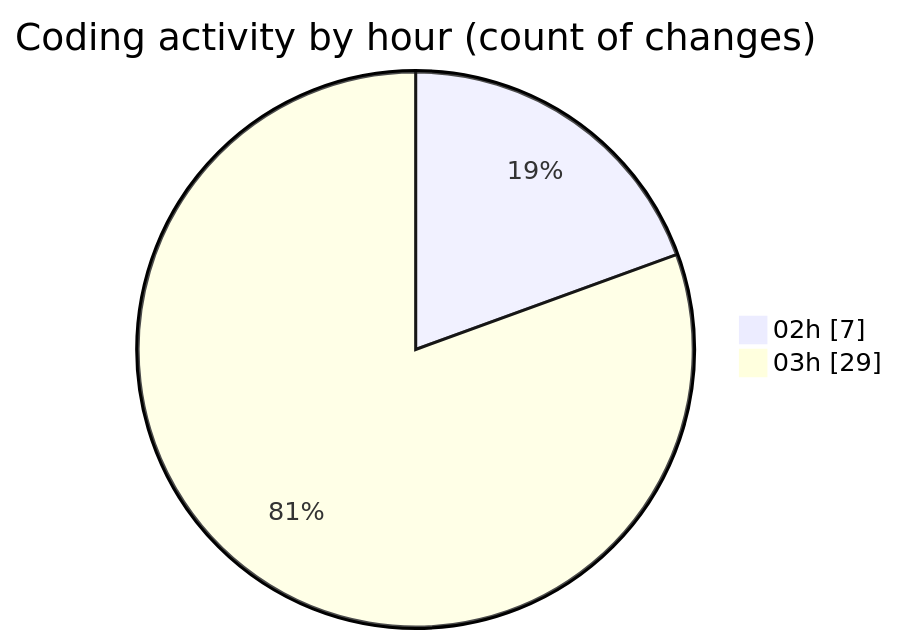
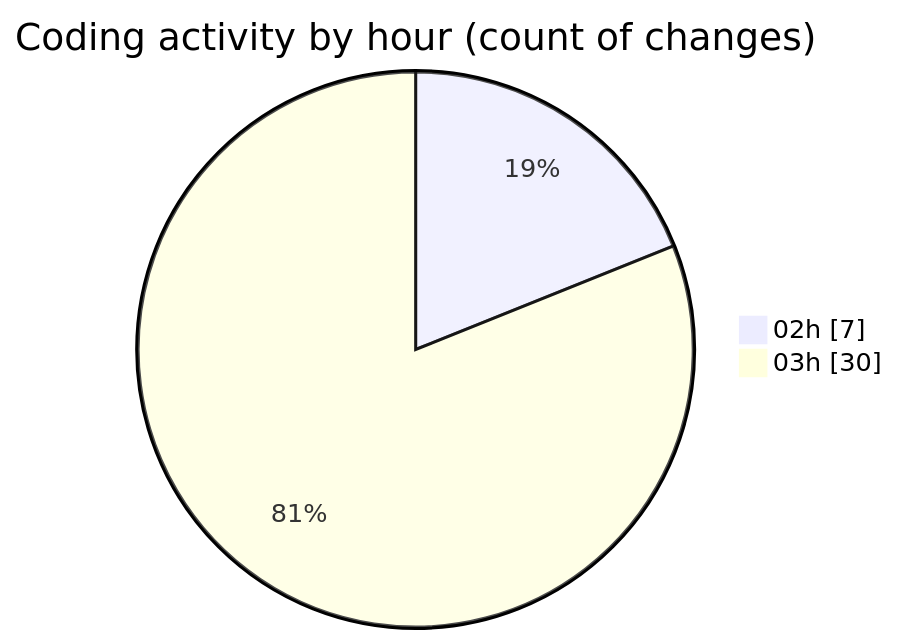
One commit to JenPaints/code-tracking changed the second of 2 diagrams in 2025-05-29/kimberly-groups/README.md. Above: the diagram before and after it, drawn with Mermaid. The commit also changed other lines of this file and 1 other file, not shown here.

````diff
--- a/2025-05-29/kimberly-groups/README.md
+++ b/2025-05-29/kimberly-groups/README.md
@@ -31,6 +32,6 @@
 ```mermaid
 pie showData
 title Coding activity by hour (count of changes)
 "02h" : 7
-"03h" : 29
+"03h" : 30
 ```
````
